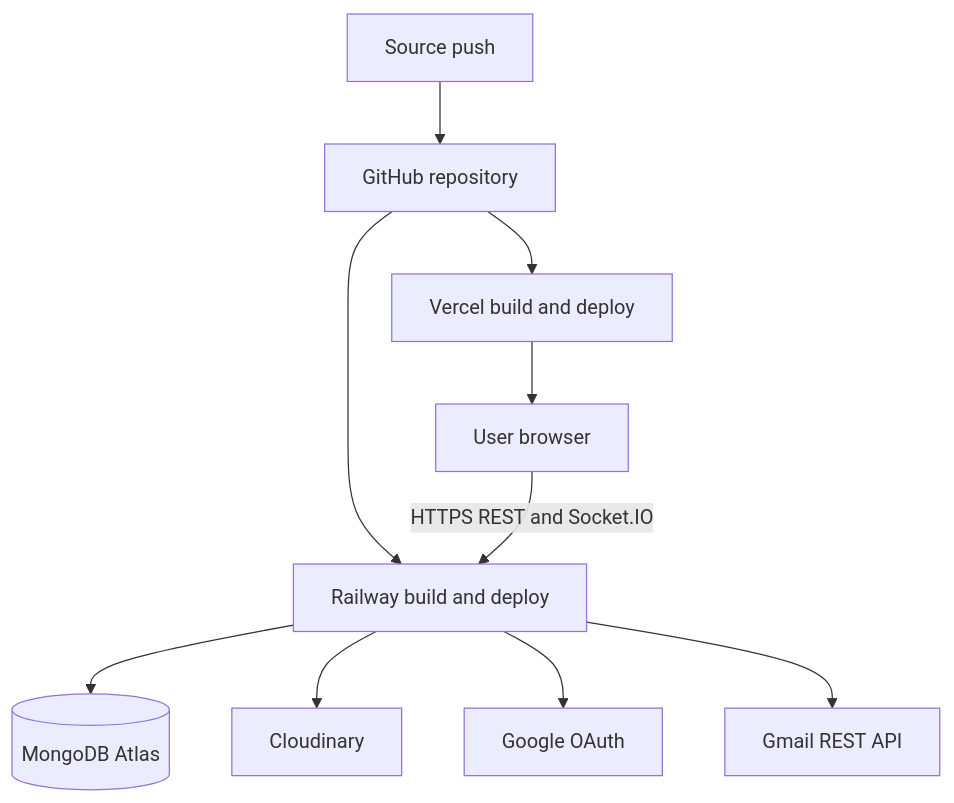
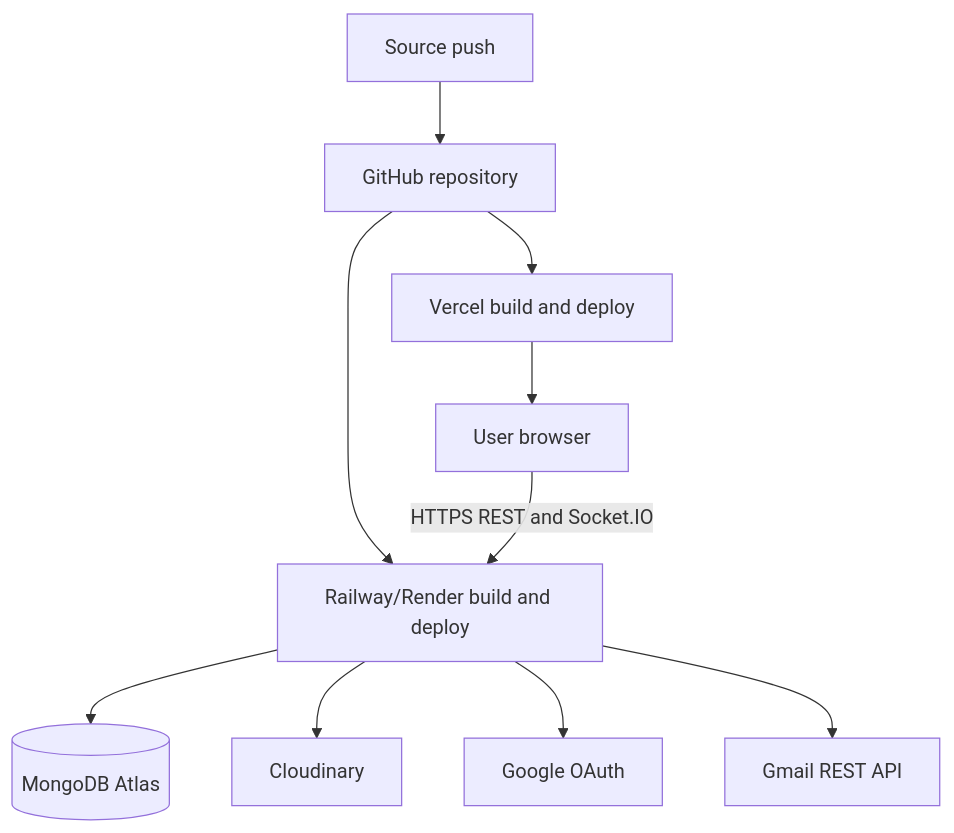
Before and after one commit to Saurav11343/click-chat: the seventh of 7 diagrams in docs/02-system-architecture.md, drawn with Mermaid. The commit also changed other lines of this file and 8 other files, not shown here.

````diff
--- a/docs/02-system-architecture.md
+++ b/docs/02-system-architecture.md
@@ -156,12 +156,12 @@
 ```mermaid
 flowchart TD
     DEV["Source push"] --> GH["GitHub repository"]
     GH --> VE["Vercel build and deploy"]
-    GH --> RW["Railway build and deploy"]
+    GH --> RW["Railway/Render build and deploy"]
     VE --> BR["User browser"]
     BR -->|"HTTPS REST and Socket.IO"| RW
     RW --> MA[("MongoDB Atlas")]
     RW --> CL["Cloudinary"]
     RW --> GO["Google OAuth"]
     RW --> GM["Gmail REST API"]
 ```
````
